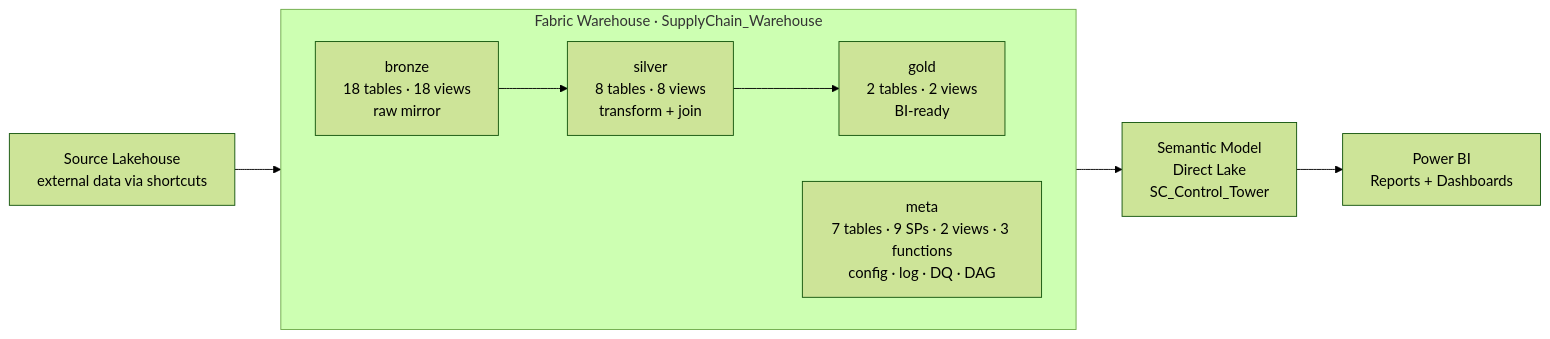
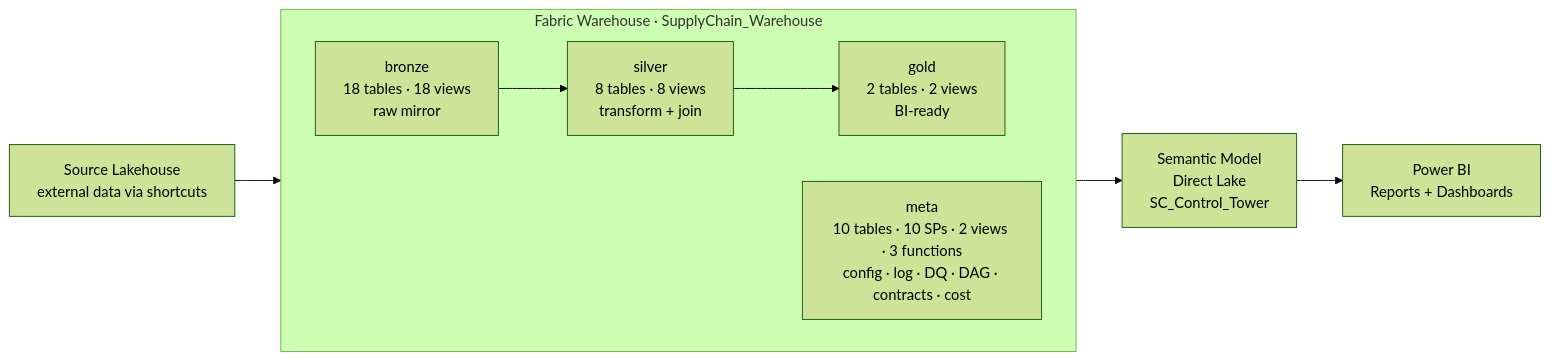
The first of 10 diagrams in README.md (ankinguyen-engineer-2002/Fabric-v9-Warehouse-Medallion), drawn with Mermaid (forest theme) before and after one commit. The commit also changed other lines of this file and 2 other files, not shown here.

First line of the commit message:
Update all docs: Phase 3 verified — 54 DQ rules, 10 meta tables, score 8.2/10

````diff
--- a/README.md
+++ b/README.md
@@ -38,17 +38,17 @@
 ```mermaid
 flowchart LR
     SRC["Source Lakehouse\nexternal data via shortcuts"]
 
     subgraph WH["Fabric Warehouse · SupplyChain_Warehouse"]
         direction LR
         B["bronze\n18 tables · 18 views\nraw mirror"]
         S["silver\n8 tables · 8 views\ntransform + join"]
         G["gold\n2 tables · 2 views\nBI-ready"]
-        M["meta\n7 tables · 9 SPs · 2 views · 3 functions\nconfig · log · DQ · DAG"]
+        M["meta\n10 tables · 10 SPs · 2 views · 3 functions\nconfig · log · DQ · DAG · contracts · cost"]
         B --> S --> G
     end
 
     SRC --> B
     G --> SM["Semantic Model\nDirect Lake\nSC_Control_Tower"]
     SM --> PBI["Power BI\nReports + Dashboards"]
 ```
````
